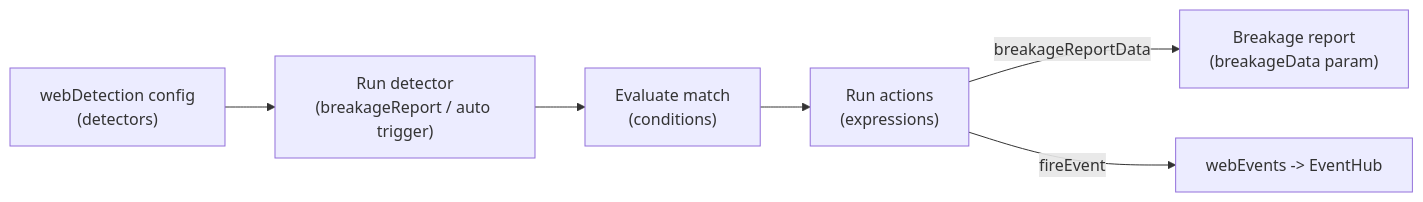
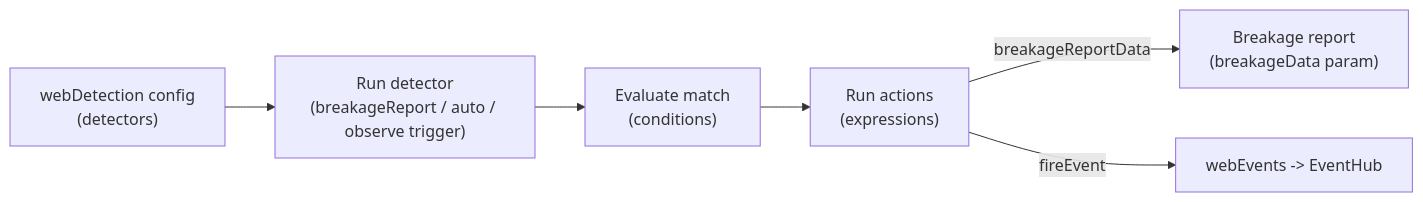
The diagram in docs/web-detection/README.md (duckduckgo/privacy-configuration), drawn with Mermaid before and after one commit. The commit also changed other lines of this file and 4 other files, not shown here.

First line of the commit message:
Document the observe trigger, observed, trigger and done

````diff
--- a/docs/web-detection/README.md
+++ b/docs/web-detection/README.md
@@ -11,8 +11,8 @@
 ```mermaid
 flowchart LR
-    config["webDetection config\n(detectors)"] --> run["Run detector\n(breakageReport / auto trigger)"]
+    config["webDetection config\n(detectors)"] --> run["Run detector\n(breakageReport / auto / observe trigger)"]
     run --> match["Evaluate match\n(conditions)"]
     match --> actions["Run actions\n(expressions)"]
     actions -->|"breakageReportData"| report["Breakage report\n(breakageData param)"]
     actions -->|"fireEvent"| hub["webEvents -> EventHub"]
 ```
````
